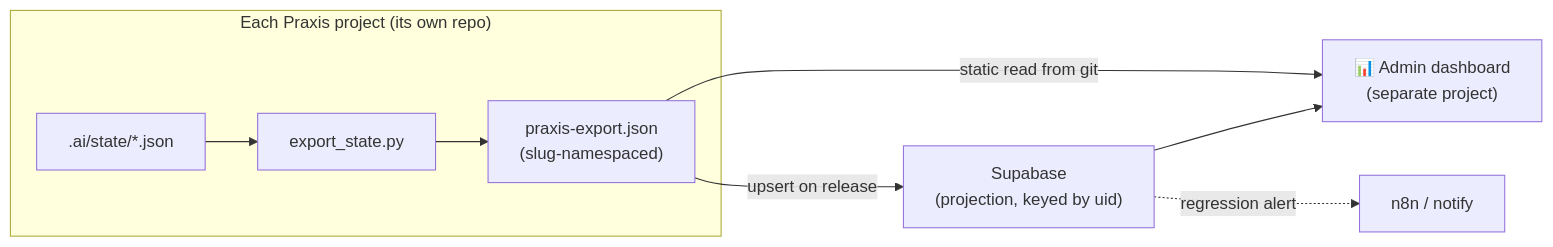
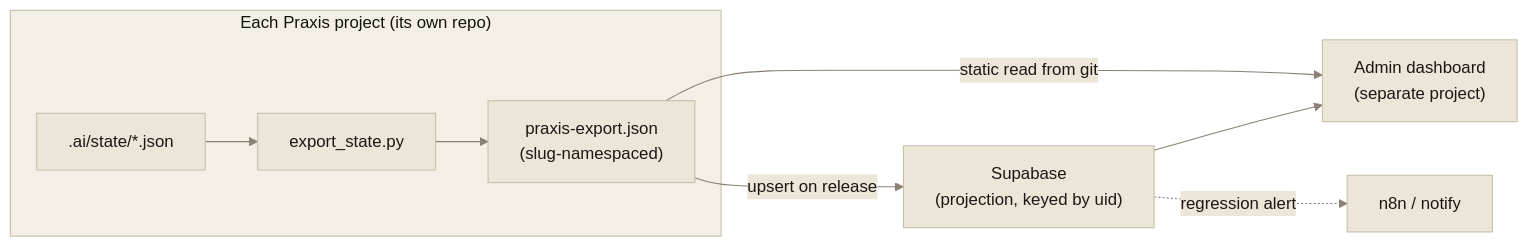
One commit to itsmarcosjreyes/praxis changed the sixth of 6 diagrams in README.md. Above: the diagram before and after it, drawn with Mermaid. The commit also changed other lines of this file and 8 other files, not shown here.

````diff
--- a/README.md
+++ b/README.md
@@ -231,10 +258,11 @@
 ```mermaid
+%%{init: {"theme":"base","themeVariables":{"primaryColor":"#ECE6D9","primaryTextColor":"#1A1714","primaryBorderColor":"#C6BCA6","lineColor":"#8A8174","clusterBkg":"#F3EFE6","clusterBorder":"#C6BCA6","edgeLabelBackground":"#ECE6D9","textColor":"#3A352E"}}}%%
 flowchart LR
     subgraph Repos["Each Praxis project (its own repo)"]
         S1[".ai/state/*.json"] --> EX1["export_state.py"] --> J1["praxis-export.json<br/>(slug-namespaced)"]
     end
     J1 -->|"static read from git"| DASH
     J1 -->|"upsert on release"| SUP["Supabase<br/>(projection, keyed by uid)"]
-    SUP --> DASH["📊 Admin dashboard<br/>(separate project)"]
+    SUP --> DASH["Admin dashboard<br/>(separate project)"]
     SUP -.->|"regression alert"| N8N["n8n / notify"]
 ```
````
